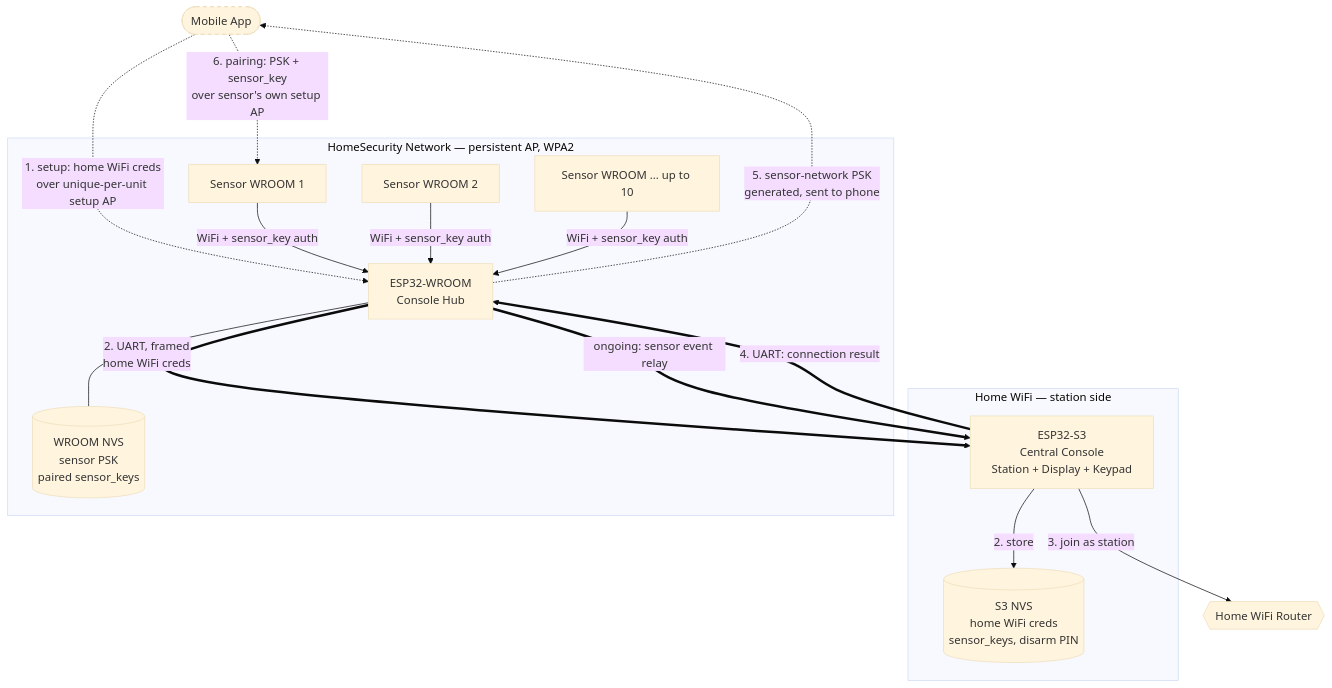
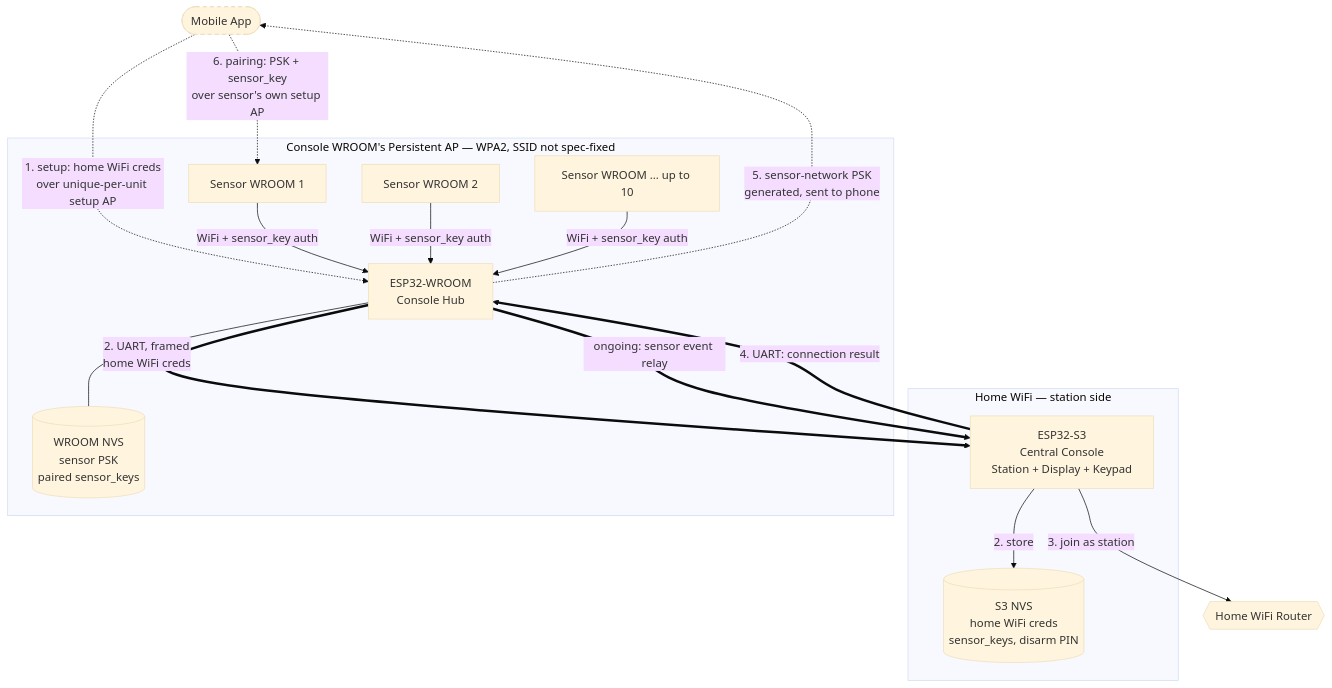
Before and after one commit to sentrihome/Home-Security: the second of 3 diagrams in README.md, drawn with Mermaid (base theme). The commit also changed other lines of this file and 13 other files, not shown here.

````diff
--- a/README.md
+++ b/README.md
@@ -116,37 +116,37 @@
 ```mermaid
 flowchart TB
   Phone([Mobile App])
   Router{{Home WiFi Router}}
 
   subgraph HomeNet [" Home WiFi — station side "]
     S3[ESP32-S3<br/>Central Console<br/>Station + Display + Keypad]
     NVSs[(S3 NVS<br/>home WiFi creds<br/>sensor_keys, disarm PIN)]
   end
 
-  subgraph HSNet [" HomeSecurity Network — persistent AP, WPA2 "]
+  subgraph HSNet [" Console WROOM's Persistent AP — WPA2, SSID not spec-fixed "]
     CW[ESP32-WROOM<br/>Console Hub]
     NVSc[(WROOM NVS<br/>sensor PSK<br/>paired sensor_keys)]
     CW --- NVSc
 
     Sensor1[Sensor WROOM 1]
     Sensor2[Sensor WROOM 2]
     SensorN[Sensor WROOM ... up to 10]
   end
 
   Phone -. "1. setup: home WiFi creds<br/>over unique-per-unit setup AP" .-> CW
   CW == "2. UART, framed<br/>home WiFi creds" ==> S3
   S3 -- "2. store" --> NVSs
   S3 -- "3. join as station" --> Router
   S3 == "4. UART: connection result" ==> CW
   CW -. "5. sensor-network PSK<br/>generated, sent to phone" .-> Phone
 
   Phone -. "6. pairing: PSK + sensor_key<br/>over sensor's own setup AP" .-> Sensor1
   Sensor1 -- "WiFi + sensor_key auth" --> CW
   Sensor2 -- "WiFi + sensor_key auth" --> CW
   SensorN -- "WiFi + sensor_key auth" --> CW
 
   CW == "ongoing: sensor event relay" ==> S3
 
   classDef dashed stroke-dasharray: 5 5;
   class Phone dashed;
 ```
````
